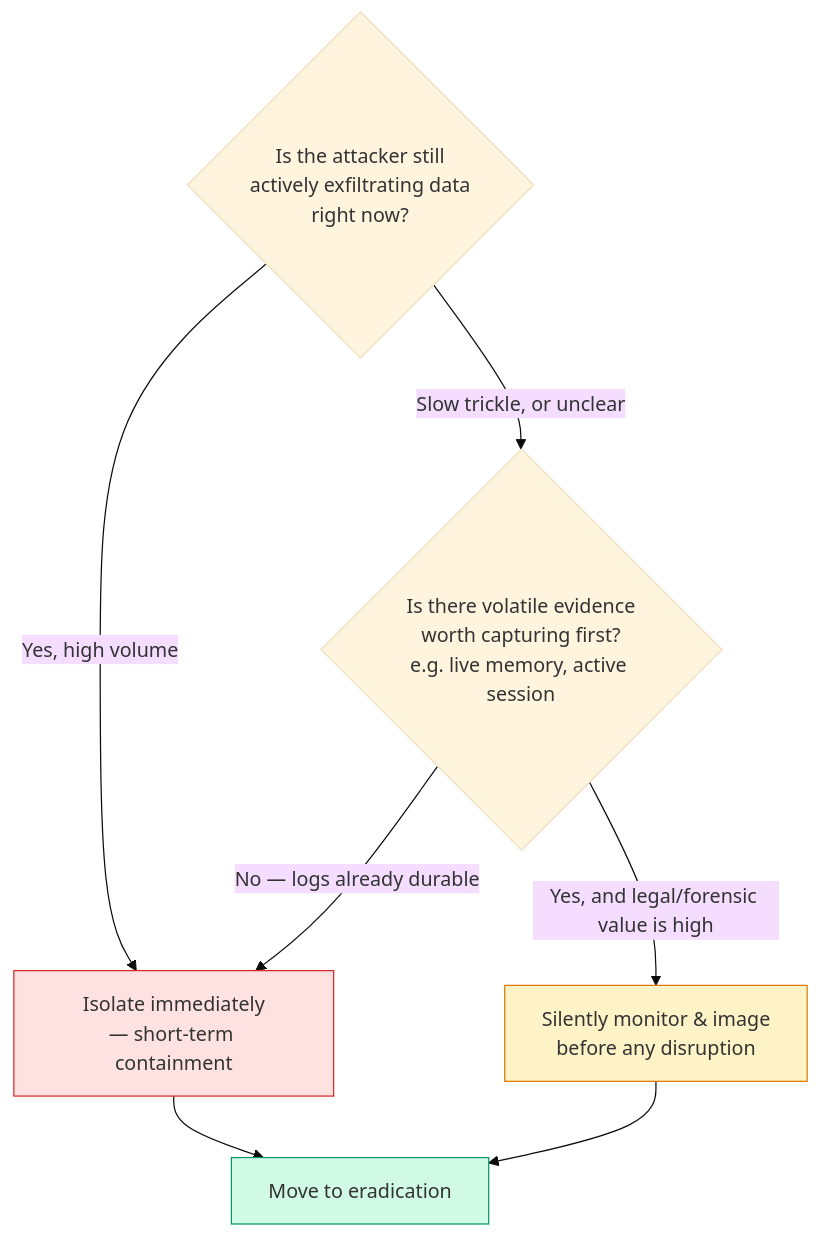
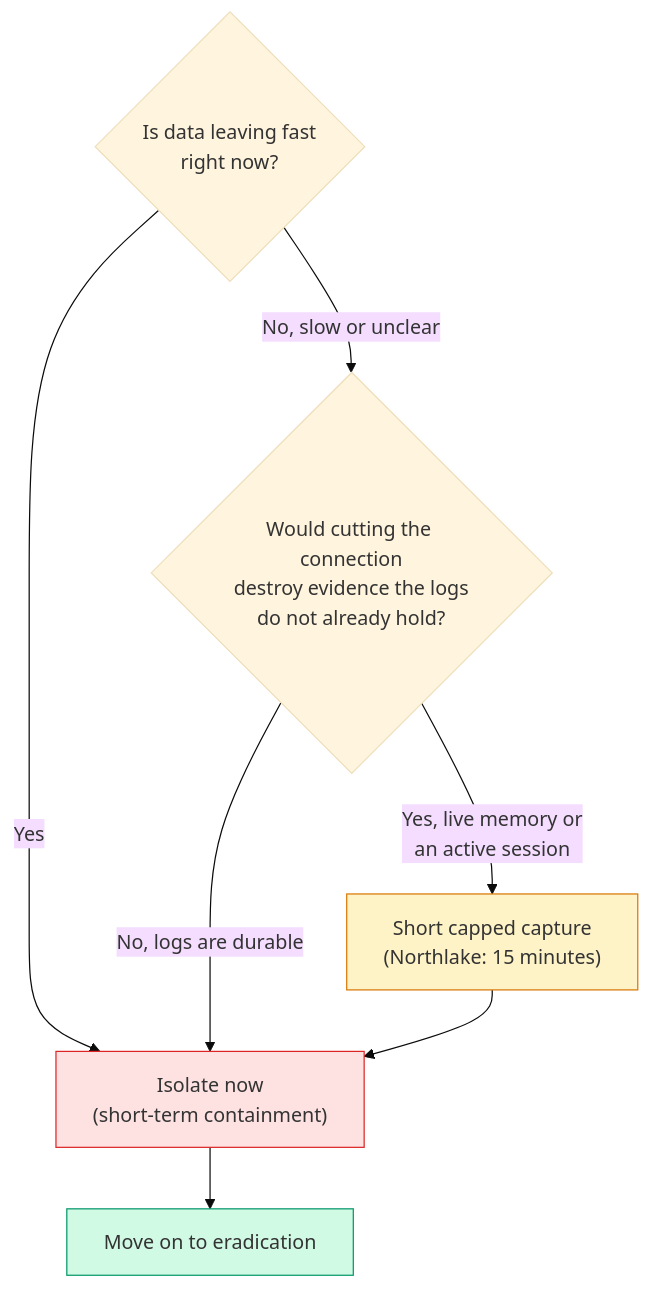
The first of 2 diagrams in src/content/security/incident-response/L2-concept.mdx (francoandreDev/knowledge), drawn with Mermaid (base theme) before and after one commit. The commit also changed other lines of this file and 3 other files, not shown here.

````diff
--- a/src/content/security/incident-response/L2-concept.mdx
+++ b/src/content/security/incident-response/L2-concept.mdx
@@ -68,13 +30,13 @@
 ```mermaid
 flowchart TD
-  Start{Is the attacker still\nactively exfiltrating data\nright now?} -->|Yes, high volume| Isolate[Isolate immediately\n— short-term containment]
-  Start -->|Slow trickle, or unclear| Assess{Is there volatile evidence\nworth capturing first?\ne.g. live memory, active session}
-  Assess -->|Yes, and legal/forensic value is high| Preserve[Silently monitor & image\nbefore any disruption]
-  Assess -->|No — logs already durable| Isolate
-  Isolate --> Eradicate[Move to eradication]
-  Preserve --> Eradicate
+  Start{"Is data leaving fast<br/>right now?"} -->|Yes| Isolate["Isolate now<br/>(short-term containment)"]
+  Start -->|"No, slow or unclear"| Assess{"Would cutting the connection<br/>destroy evidence the logs<br/>do not already hold?"}
+  Assess -->|"No, logs are durable"| Isolate
+  Assess -->|"Yes, live memory or<br/>an active session"| Preserve["Short capped capture<br/>(Northlake: 15 minutes)"]
+  Preserve --> Isolate
+  Isolate --> Eradicate["Move on to eradication"]
 
   style Isolate fill:#fee2e2,stroke:#dc2626
   style Preserve fill:#fef3c7,stroke:#d97706
   style Eradicate fill:#d1fae5,stroke:#059669
 ```
````
